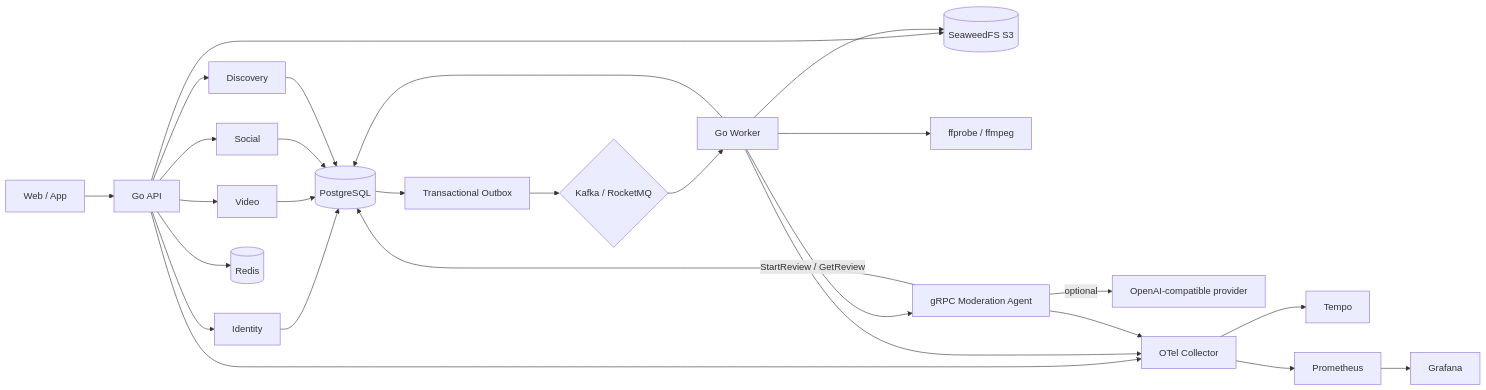
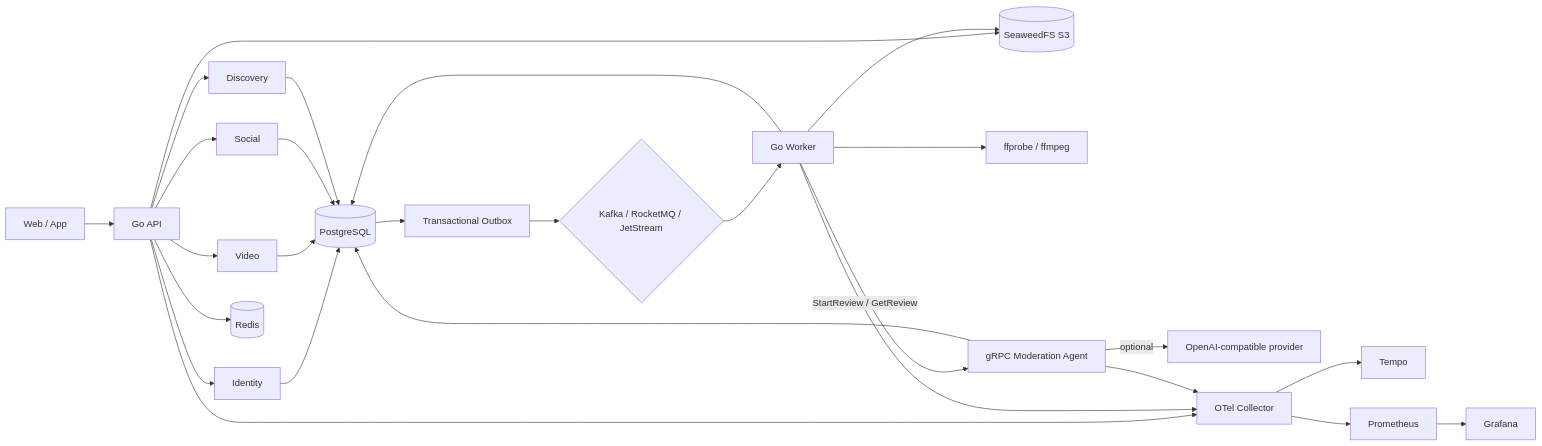
Before and after one commit to Sealessland/sea-music: the diagram in README.md, drawn with Mermaid. The commit also changed other lines of this file and 17 other files, not shown here.

Commit message:
feat(events): add NATS JetStream adapter

````diff
--- a/README.md
+++ b/README.md
@@ -51,24 +51,24 @@
 ```mermaid
 flowchart LR
     Client[Web / App] --> API[Go API]
     API --> ID[Identity]
     API --> Video[Video]
     API --> Social[Social]
     API --> Discovery[Discovery]
     ID & Video & Social & Discovery --> PG[(PostgreSQL)]
     API --> Redis[(Redis)]
     API --> S3[(SeaweedFS S3)]
     PG --> Outbox[Transactional Outbox]
-    Outbox --> MQ{Kafka / RocketMQ}
+    Outbox --> MQ{Kafka / RocketMQ / JetStream}
     MQ --> Worker[Go Worker]
     Worker --> PG
     Worker --> S3
     Worker --> FF[ffprobe / ffmpeg]
     Worker -->|StartReview / GetReview| Agent[gRPC Moderation Agent]
     Agent --> PG
     Agent -->|optional| LLM[OpenAI-compatible provider]
     API & Worker & Agent --> OTel[OTel Collector]
     OTel --> Tempo[Tempo]
     OTel --> Prom[Prometheus]
     Prom --> Grafana[Grafana]
 ```
````
